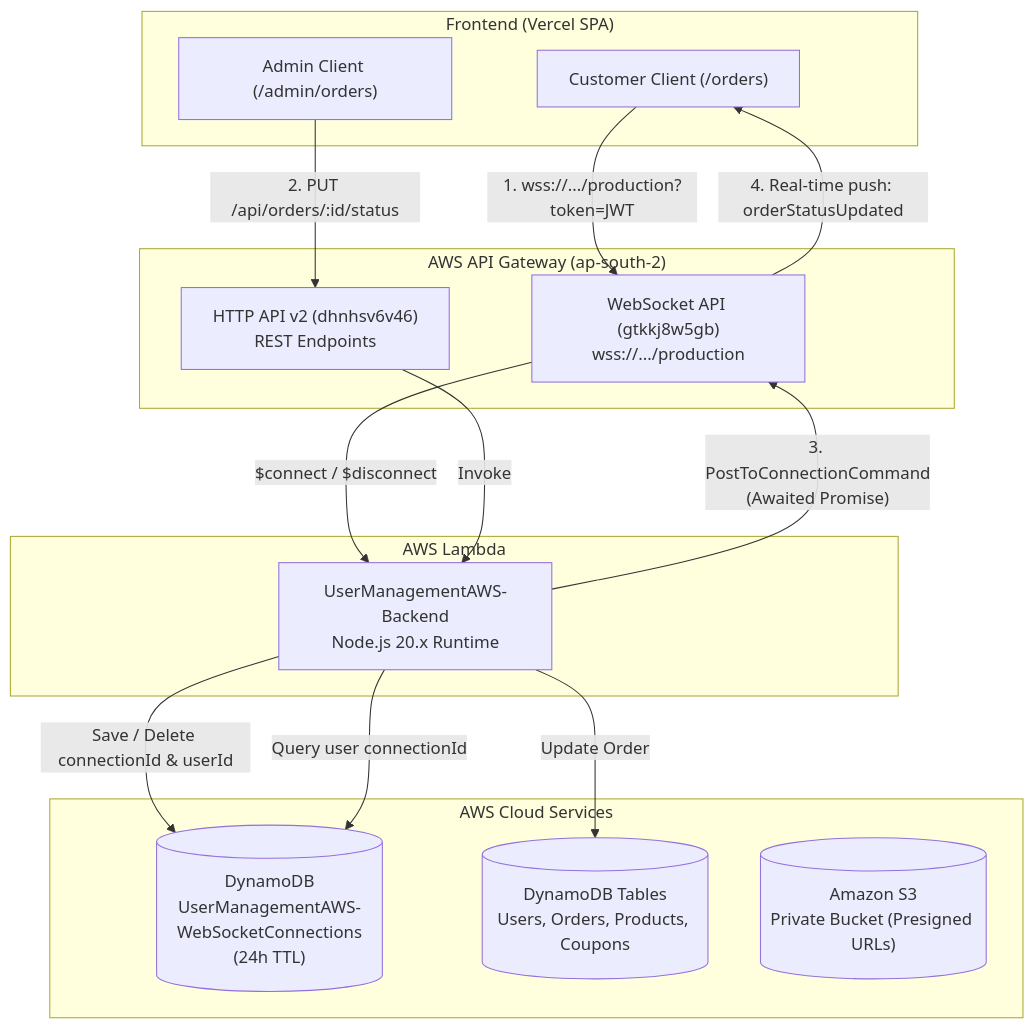
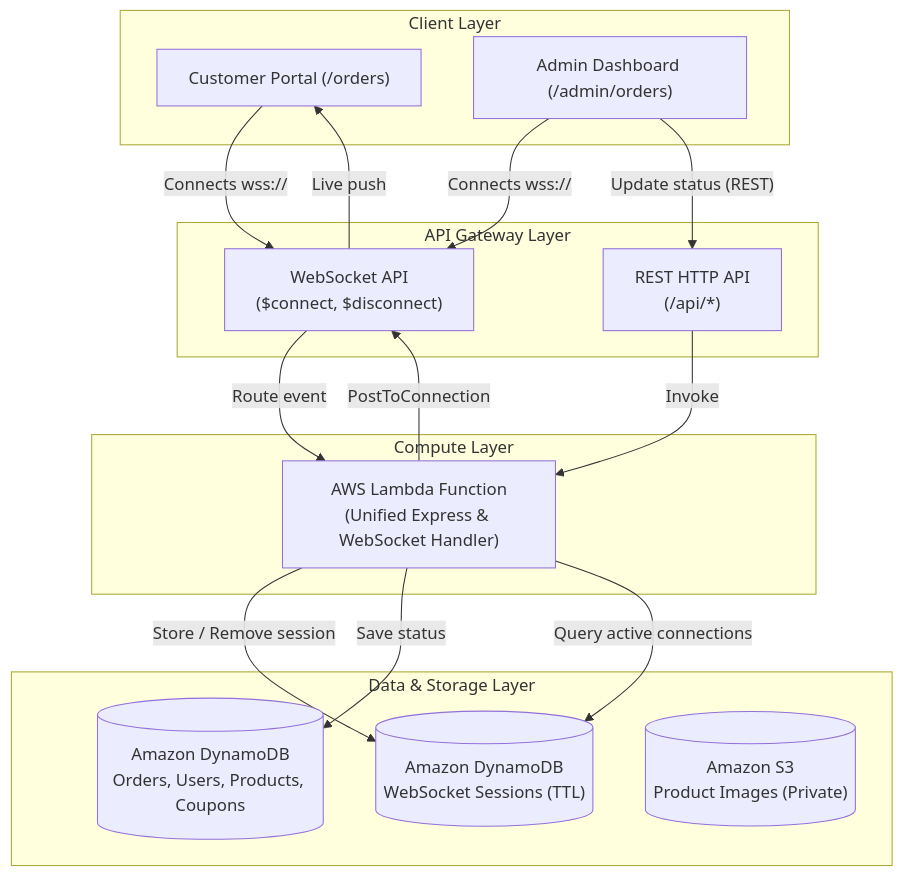
Before and after one commit to Aadhitiya007/UserManagement-AWS: the diagram in README.md, drawn with Mermaid. The commit also changed other lines of this file, not shown here.

````diff
--- a/README.md
+++ b/README.md
@@ -11,33 +31,34 @@
 ```mermaid
 flowchart TD
-    subgraph Client ["Frontend (Vercel SPA)"]
-        UserBrowser["Customer Client (/orders)"]
-        AdminBrowser["Admin Client (/admin/orders)"]
+    subgraph Client ["Client Layer"]
+        User["Customer Portal (/orders)"]
+        Admin["Admin Dashboard (/admin/orders)"]
     end
 
-    subgraph APIGW ["AWS API Gateway (ap-south-2)"]
-        HttpApi["HTTP API v2 (dhnhsv6v46)<br/>REST Endpoints"]
-        WsApi["WebSocket API (gtkkj8w5gb)<br/>wss://.../production"]
+    subgraph Gateway ["API Gateway Layer"]
+        HttpApi["REST HTTP API<br/>(/api/*)"]
+        WsApi["WebSocket API<br/>($connect, $disconnect)"]
     end
 
-    subgraph Compute ["AWS Lambda"]
-        BackendLambda["UserManagementAWS-Backend<br/>Node.js 20.x Runtime"]
+    subgraph Compute ["Compute Layer"]
+        Lambda["AWS Lambda Function<br/>(Unified Express & WebSocket Handler)"]
     end
 
-    subgraph Storage ["AWS Cloud Services"]
-        DynamoWS[("DynamoDB<br/>UserManagementAWS-WebSocketConnections<br/>(24h TTL)")]
-        DynamoData[("DynamoDB Tables<br/>Users, Orders, Products, Coupons")]
-        S3Bucket[("Amazon S3<br/>Private Bucket (Presigned URLs)")]
+    subgraph Data ["Data & Storage Layer"]
+        DynamoDB[("Amazon DynamoDB<br/>Orders, Users, Products, Coupons")]
+        WsSessions[("Amazon DynamoDB<br/>WebSocket Sessions (TTL)")]
+        S3[("Amazon S3<br/>Product Images (Private)")]
     end
 
-    UserBrowser -- "1. wss://.../production?token=JWT" --> WsApi
-    WsApi -- "$connect / $disconnect" --> BackendLambda
-    BackendLambda -- "Save / Delete connectionId & userId" --> DynamoWS
+    User -- "Connects wss://" --> WsApi
+    Admin -- "Connects wss://" --> WsApi
+    WsApi -- "Route event" --> Lambda
+    Lambda -- "Store / Remove session" --> WsSessions
 
-    AdminBrowser -- "2. PUT /api/orders/:id/status" --> HttpApi
-    HttpApi -- "Invoke" --> BackendLambda
-    BackendLambda -- "Update Order" --> DynamoData
-    BackendLambda -- "Query user connectionId" --> DynamoWS
-    BackendLambda -- "3. PostToConnectionCommand<br/>(Awaited Promise)" --> WsApi
-    WsApi -- "4. Real-time push: orderStatusUpdated" --> UserBrowser
+    Admin -- "Update status (REST)" --> HttpApi
+    HttpApi -- "Invoke" --> Lambda
+    Lambda -- "Save status" --> DynamoDB
+    Lambda -- "Query active connections" --> WsSessions
+    Lambda -- "PostToConnection" --> WsApi
+    WsApi -- "Live push" --> User
 ```
````
